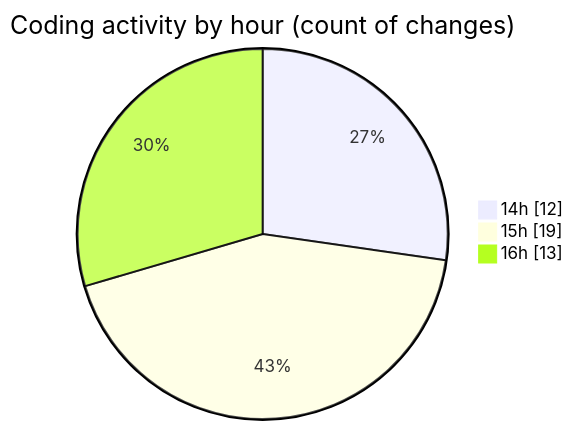
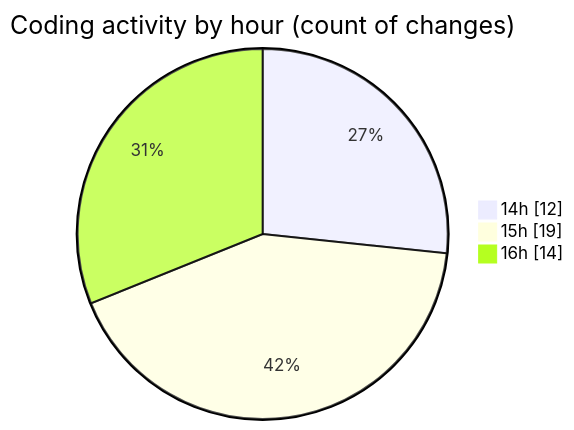
Before and after one commit to lephambinh05/code-tracking: the second of 2 diagrams in 2025-08-10/rentotp/README.md, drawn with Mermaid. The commit also changed other lines of this file and 1 other file, not shown here.

````diff
--- a/2025-08-10/rentotp/README.md
+++ b/2025-08-10/rentotp/README.md
@@ -35,7 +35,7 @@
 ```mermaid
 pie showData
 title Coding activity by hour (count of changes)
 "14h" : 12
 "15h" : 19
-"16h" : 13
+"16h" : 14
 ```
````
